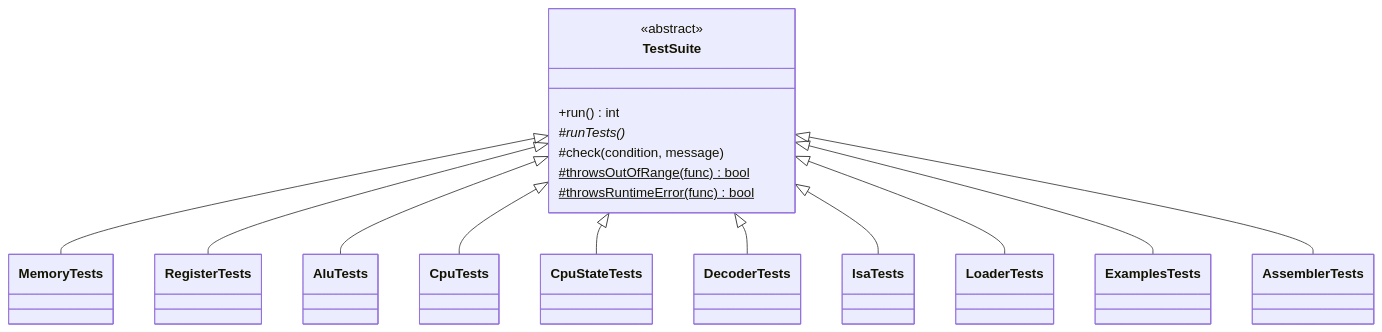
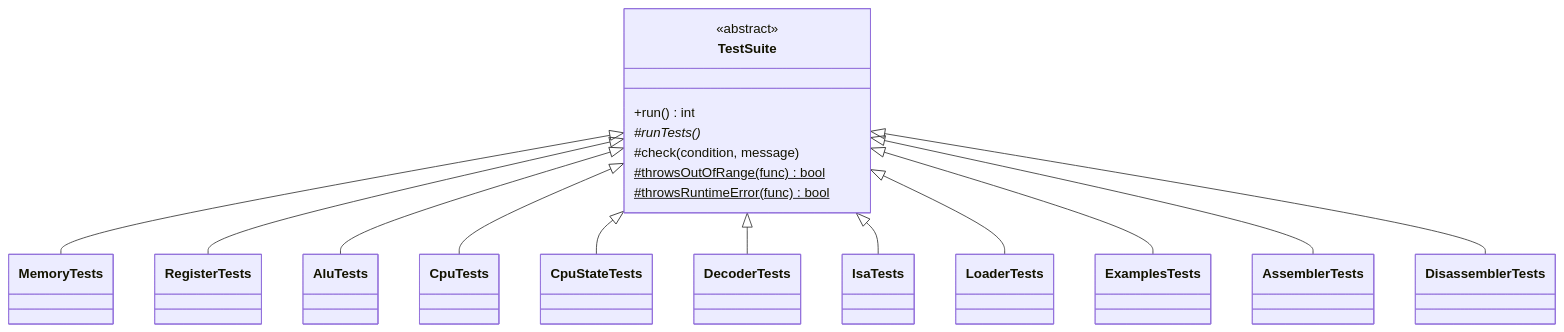
One commit to kpolet2010-hue/CoreSim changed the first of 2 diagrams in docs/TESTING.md. Above: the diagram before and after it, drawn with Mermaid. The commit also changed other lines of this file and 5 other files, not shown here.

````diff
--- a/docs/TESTING.md
+++ b/docs/TESTING.md
@@ -35,21 +36,22 @@
 ```mermaid
 classDiagram
     class TestSuite {
         <<abstract>>
         +run() int
         #runTests()*
         #check(condition, message)
         #throwsOutOfRange(func)$ bool
         #throwsRuntimeError(func)$ bool
     }
     TestSuite <|-- MemoryTests
     TestSuite <|-- RegisterTests
     TestSuite <|-- AluTests
     TestSuite <|-- CpuTests
     TestSuite <|-- CpuStateTests
     TestSuite <|-- DecoderTests
     TestSuite <|-- IsaTests
     TestSuite <|-- LoaderTests
     TestSuite <|-- ExamplesTests
     TestSuite <|-- AssemblerTests
+    TestSuite <|-- DisassemblerTests
 ```
````
